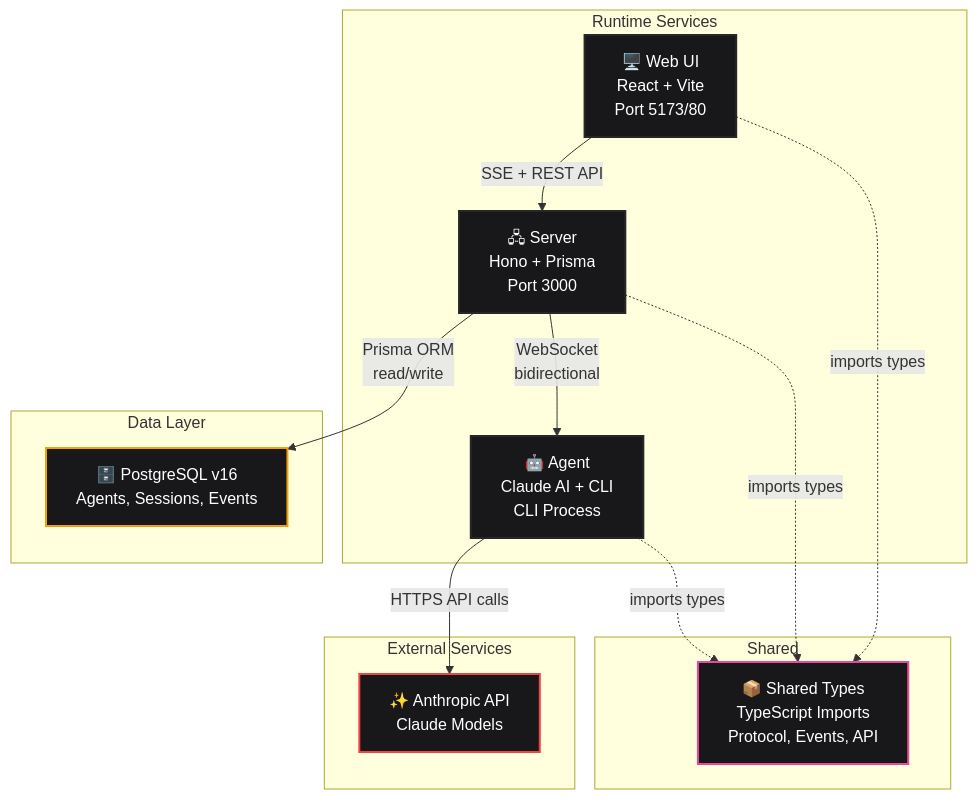
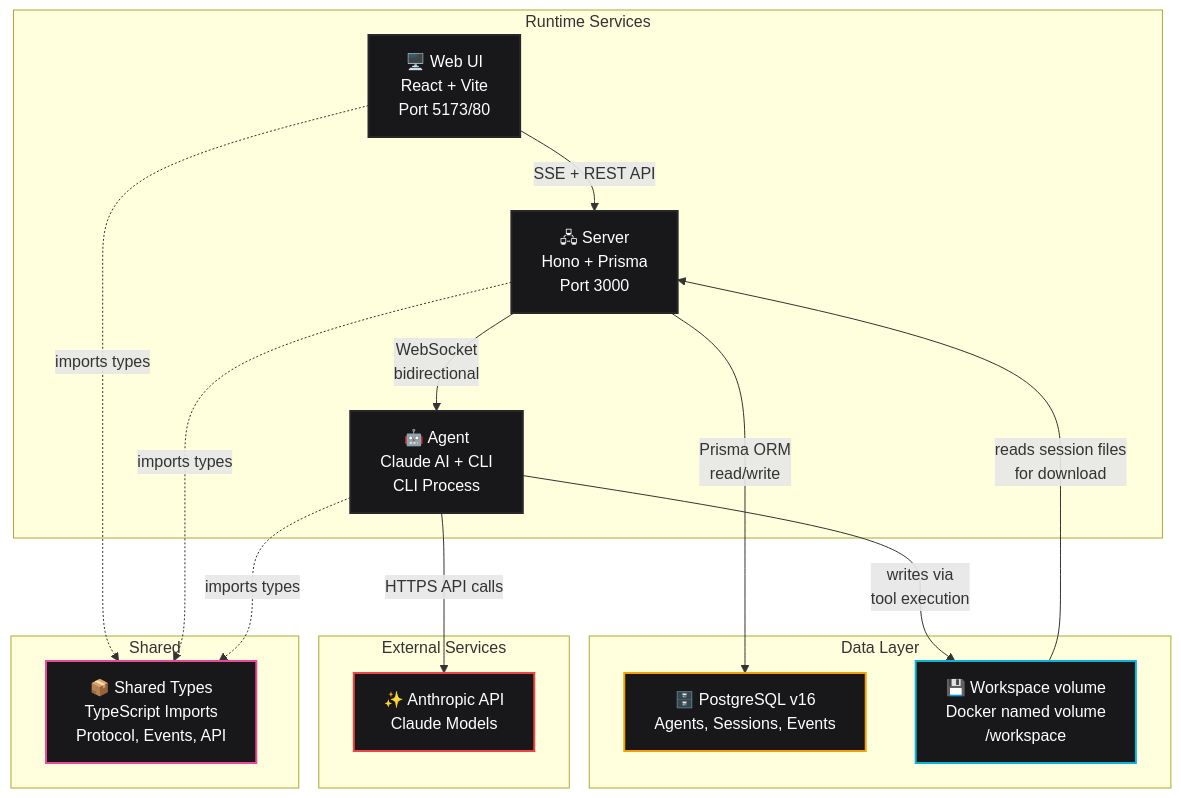
One commit to jack0lantern/humanlayer-coding-agent changed the first of 2 diagrams in docs/ARCHITECTURE.md. Above: the diagram before and after it, drawn with Mermaid. The commit also changed other lines of this file and 15 other files, not shown here.

First line of the commit message:
feat: align agent workspace with volume and improve event markdown

````diff
--- a/docs/ARCHITECTURE.md
+++ b/docs/ARCHITECTURE.md
@@ -5,39 +5,44 @@
 ```mermaid
 graph TB
     subgraph "Runtime Services"
         WebUI["🖥️ Web UI<br/>React + Vite<br/>Port 5173/80"]
         Server["🖧 Server<br/>Hono + Prisma<br/>Port 3000"]
         Agent["🤖 Agent<br/>Claude AI + CLI<br/>CLI Process"]
     end
 
     subgraph "Data Layer"
         PostgreSQL["🗄️ PostgreSQL v16<br/>Agents, Sessions, Events"]
+        WorkspaceVol["💾 Workspace volume<br/>Docker named volume<br/>/workspace"]
     end
 
     subgraph "External Services"
         AnthropicAPI["✨ Anthropic API<br/>Claude Models"]
     end
 
     subgraph "Shared"
         SharedTypes["📦 Shared Types<br/>TypeScript Imports<br/>Protocol, Events, API"]
     end
 
     WebUI -->|SSE + REST API| Server
     Server -->|WebSocket<br/>bidirectional| Agent
     Server -->|Prisma ORM<br/>read/write| PostgreSQL
+    WorkspaceVol -->|reads session files<br/>for download| Server
+    Agent -->|writes via<br/>tool execution| WorkspaceVol
     Agent -->|HTTPS API calls| AnthropicAPI
 
     WebUI -.->|imports types| SharedTypes
     Server -.->|imports types| SharedTypes
     Agent -.->|imports types| SharedTypes
 
     classDef service fill:#18181B,stroke:#27272A,stroke-width:2px,color:#fff
     classDef database fill:#18181B,stroke:#F59E0B,stroke-width:2px,color:#fff
     classDef external fill:#18181B,stroke:#EF4444,stroke-width:2px,color:#fff
     classDef types fill:#18181B,stroke:#EC4899,stroke-width:2px,color:#fff
+    classDef volume fill:#18181B,stroke:#06B6D4,stroke-width:2px,color:#fff
 
     class WebUI,Server,Agent service
     class PostgreSQL database
+    class WorkspaceVol volume
     class AnthropicAPI external
     class SharedTypes types
 ```
````
